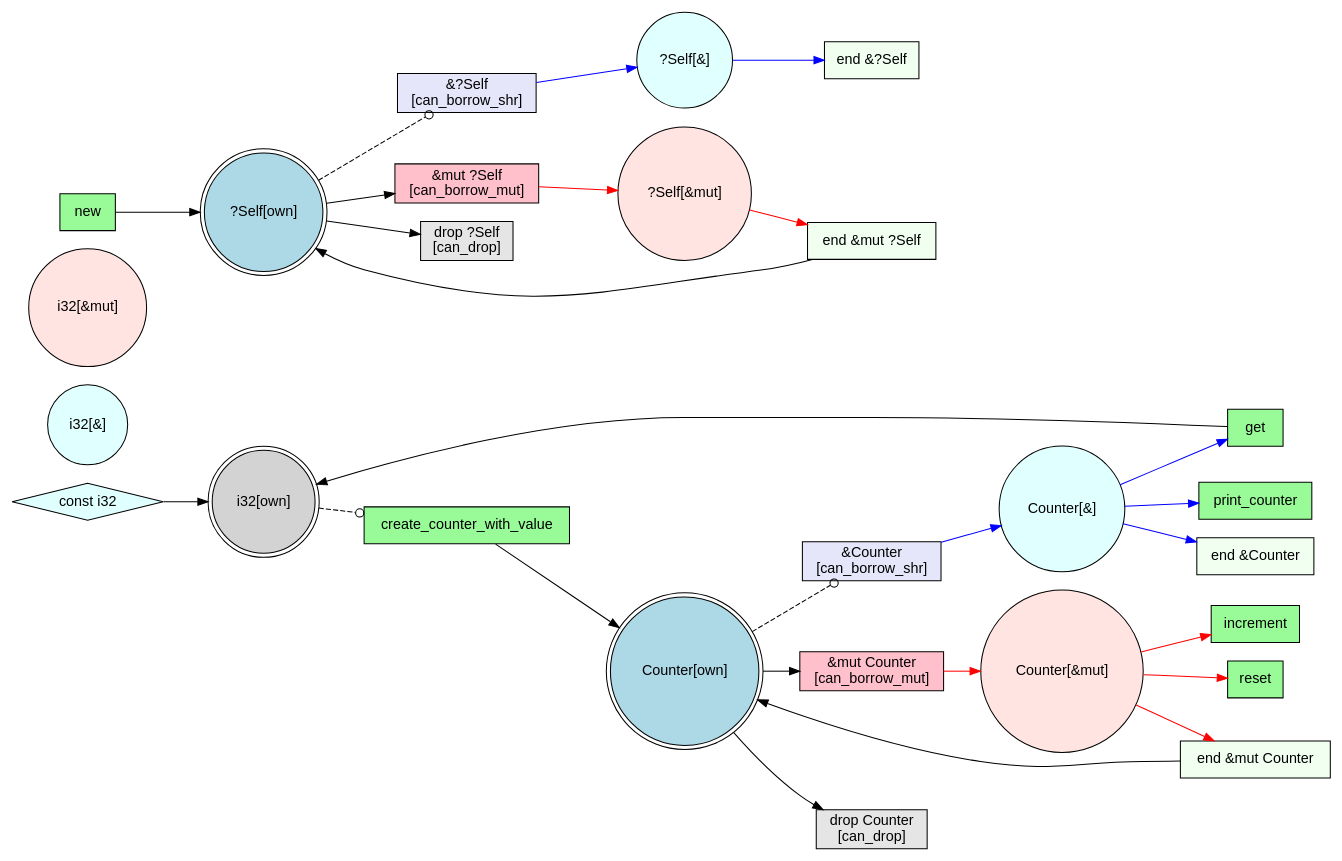
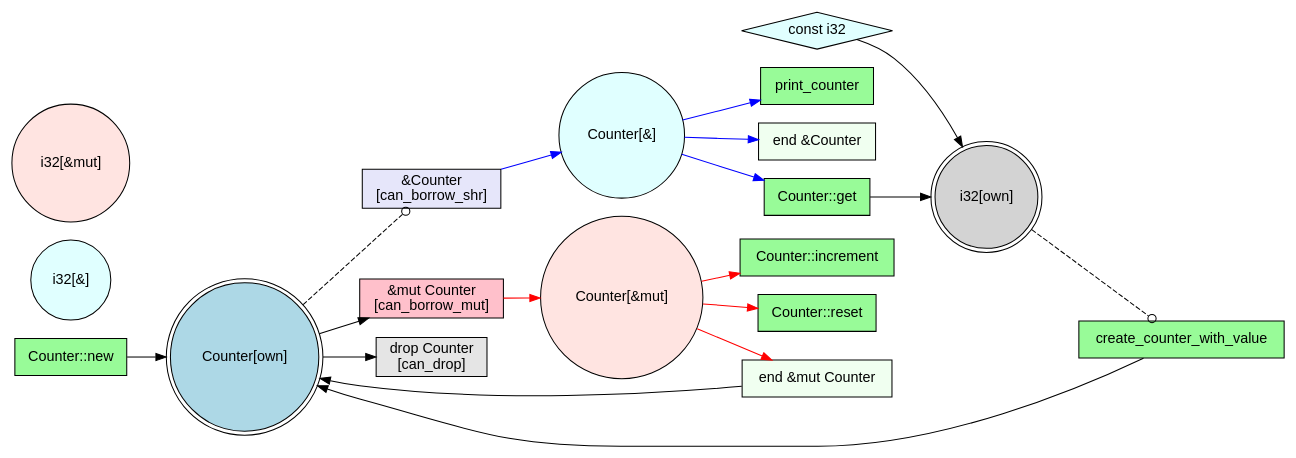
Before and after one commit to kevindadi/RustSynth: the diagram in pcpn.dot, drawn with Graphviz. The commit also changed 15 other files, not shown here.

First line of the commit message:
Refactor API graph and PCPN representation for improved clarity and functionality

```diff
--- a/pcpn.dot
+++ b/pcpn.dot
@@ -1,64 +1,48 @@
 digraph PCPN {
   rankdir=LR;
   fontname="Helvetica";
   node [fontname="Helvetica"];
   edge [fontname="Helvetica"];
   // PCPN: T[own], T[shr], T[mut] places per type
 
   // ========== Places ==========
-  p0 [label="i32[own]", shape=circle, style=filled, fillcolor=lightgray, peripheries=2];
-  p1 [label="i32[&]", shape=circle, style=filled, fillcolor=lightcyan, peripheries=1];
-  p2 [label="i32[&mut]", shape=circle, style=filled, fillcolor=mistyrose, peripheries=1];
-  p3 [label="Counter[own]", shape=circle, style=filled, fillcolor=lightblue, peripheries=2];
-  p4 [label="Counter[&]", shape=circle, style=filled, fillcolor=lightcyan, peripheries=1];
-  p5 [label="Counter[&mut]", shape=circle, style=filled, fillcolor=mistyrose, peripheries=1];
-  p6 [label="?Self[own]", shape=circle, style=filled, fillcolor=lightblue, peripheries=2];
-  p7 [label="?Self[&]", shape=circle, style=filled, fillcolor=lightcyan, peripheries=1];
-  p8 [label="?Self[&mut]", shape=circle, style=filled, fillcolor=mistyrose, peripheries=1];
+  p0 [label="Counter[own]", shape=circle, style=filled, fillcolor=lightblue, peripheries=2];
+  p1 [label="Counter[&]", shape=circle, style=filled, fillcolor=lightcyan, peripheries=1];
+  p2 [label="Counter[&mut]", shape=circle, style=filled, fillcolor=mistyrose, peripheries=1];
+  p3 [label="i32[own]", shape=circle, style=filled, fillcolor=lightgray, peripheries=2];
+  p4 [label="i32[&]", shape=circle, style=filled, fillcolor=lightcyan, peripheries=1];
+  p5 [label="i32[&mut]", shape=circle, style=filled, fillcolor=mistyrose, peripheries=1];
 
   // ========== Transitions ==========
-  t0 [label="create_counter_with_value", shape=box, style=filled, fillcolor=palegreen];
-  t1 [label="new", shape=box, style=filled, fillcolor=palegreen];
-  t2 [label="increment", shape=box, style=filled, fillcolor=palegreen];
-  t3 [label="get", shape=box, style=filled, fillcolor=palegreen];
-  t4 [label="reset", shape=box, style=filled, fillcolor=palegreen];
+  t0 [label="Counter::new", shape=box, style=filled, fillcolor=palegreen];
+  t1 [label="Counter::increment", shape=box, style=filled, fillcolor=palegreen];
+  t2 [label="Counter::get", shape=box, style=filled, fillcolor=palegreen];
+  t3 [label="Counter::reset", shape=box, style=filled, fillcolor=palegreen];
+  t4 [label="create_counter_with_value", shape=box, style=filled, fillcolor=palegreen];
   t5 [label="print_counter", shape=box, style=filled, fillcolor=palegreen];
   t6 [label="&Counter\n[can_borrow_shr]", shape=box, style=filled, fillcolor=lavender];
   t7 [label="&mut Counter\n[can_borrow_mut]", shape=box, style=filled, fillcolor=pink];
   t8 [label="end &Counter", shape=box, style=filled, fillcolor=honeydew];
   t9 [label="end &mut Counter", shape=box, style=filled, fillcolor=honeydew];
   t10 [label="drop Counter\n[can_drop]", shape=box, style=filled, fillcolor=gray90];
-  t11 [label="&?Self\n[can_borrow_shr]", shape=box, style=filled, fillcolor=lavender];
-  t12 [label="&mut ?Self\n[can_borrow_mut]", shape=box, style=filled, fillcolor=pink];
-  t13 [label="end &?Self", shape=box, style=filled, fillcolor=honeydew];
-  t14 [label="end &mut ?Self", shape=box, style=filled, fillcolor=honeydew];
-  t15 [label="drop ?Self\n[can_drop]", shape=box, style=filled, fillcolor=gray90];
-  t16 [label="const i32", shape=diamond, style=filled, fillcolor=lightcyan];
+  t11 [label="const i32", shape=diamond, style=filled, fillcolor=lightcyan];
 
   // ========== Arcs ==========
-  p0 -> t0 [style=dashed, arrowhead=odot, color="black"];
-  t0 -> p3 [color="black"];
-  t1 -> p6 [color="black"];
-  p5 -> t2 [style=solid, arrowhead=normal, color="red"];
-  p4 -> t3 [style=solid, arrowhead=normal, color="blue"];
-  t3 -> p0 [color="black"];
-  p5 -> t4 [style=solid, arrowhead=normal, color="red"];
-  p4 -> t5 [style=solid, arrowhead=normal, color="blue"];
-  p3 -> t6 [style=dashed, arrowhead=odot, color="black"];
-  t6 -> p4 [color="blue"];
-  p3 -> t7 [style=solid, arrowhead=normal, color="black"];
-  t7 -> p5 [color="red"];
-  p4 -> t8 [style=solid, arrowhead=normal, color="blue"];
-  p5 -> t9 [style=solid, arrowhead=normal, color="red"];
-  t9 -> p3 [color="black"];
-  p3 -> t10 [style=solid, arrowhead=normal, color="black"];
-  p6 -> t11 [style=dashed, arrowhead=odot, color="black"];
-  t11 -> p7 [color="blue"];
-  p6 -> t12 [style=solid, arrowhead=normal, color="black"];
-  t12 -> p8 [color="red"];
-  p7 -> t13 [style=solid, arrowhead=normal, color="blue"];
-  p8 -> t14 [style=solid, arrowhead=normal, color="red"];
-  t14 -> p6 [color="black"];
-  p6 -> t15 [style=solid, arrowhead=normal, color="black"];
-  t16 -> p0 [color="black"];
+  t0 -> p0 [color="black"];
+  p2 -> t1 [style=solid, arrowhead=normal, color="red"];
+  p1 -> t2 [style=solid, arrowhead=normal, color="blue"];
+  t2 -> p3 [color="black"];
+  p2 -> t3 [style=solid, arrowhead=normal, color="red"];
+  p3 -> t4 [style=dashed, arrowhead=odot, color="black"];
+  t4 -> p0 [color="black"];
+  p1 -> t5 [style=solid, arrowhead=normal, color="blue"];
+  p0 -> t6 [style=dashed, arrowhead=odot, color="black"];
+  t6 -> p1 [color="blue"];
+  p0 -> t7 [style=solid, arrowhead=normal, color="black"];
+  t7 -> p2 [color="red"];
+  p1 -> t8 [style=solid, arrowhead=normal, color="blue"];
+  p2 -> t9 [style=solid, arrowhead=normal, color="red"];
+  t9 -> p0 [color="black"];
+  p0 -> t10 [style=solid, arrowhead=normal, color="black"];
+  t11 -> p3 [color="black"];
 }
```
